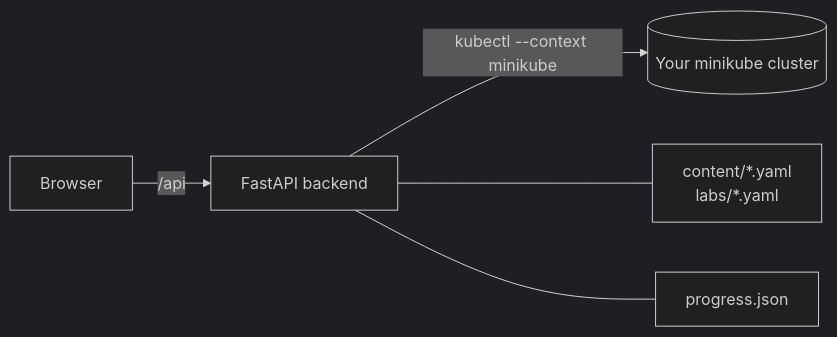
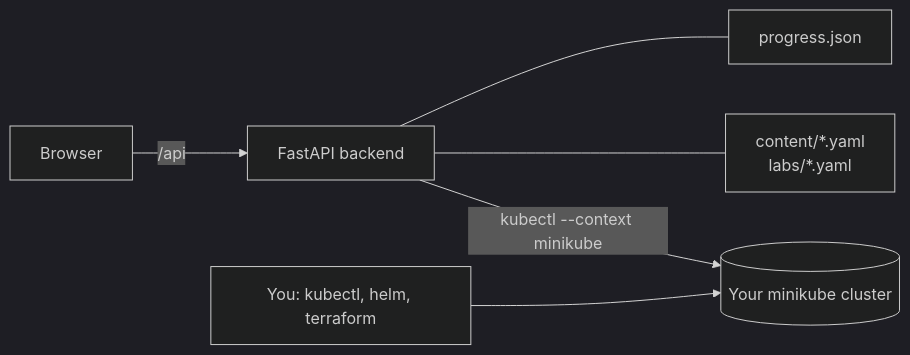
One commit to spillows/KubeTrail changed the diagram in README.md. Above: the diagram before and after it, drawn with Mermaid (dark theme). The commit also changed other lines of this file, not shown here.

````diff
--- a/README.md
+++ b/README.md
@@ -140,7 +181,8 @@
 ```mermaid
 flowchart LR
   B[Browser] -->|/api| S[FastAPI backend]
   S -->|kubectl --context minikube| M[(Your minikube cluster)]
   S --- C[content/*.yaml<br>labs/*.yaml]
   S --- P[progress.json]
+  U[You: kubectl, helm, terraform] --> M
 ```
````
